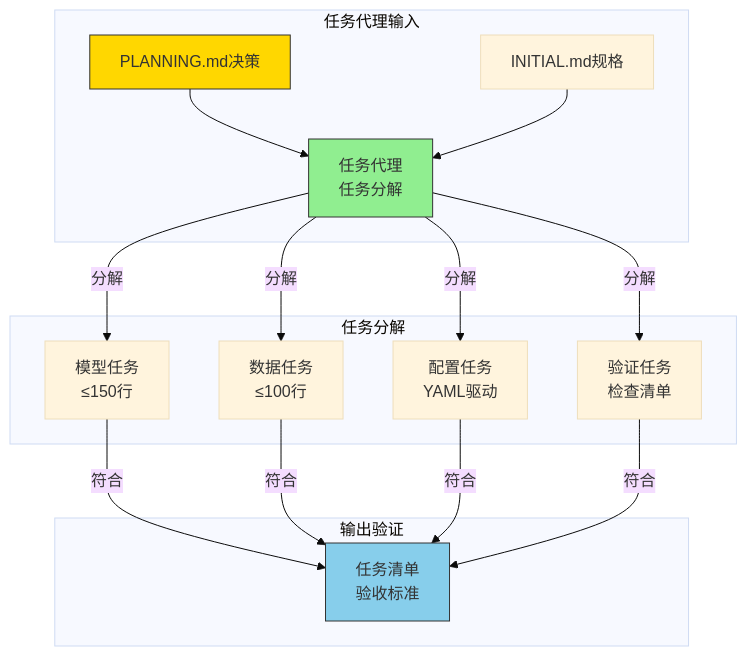
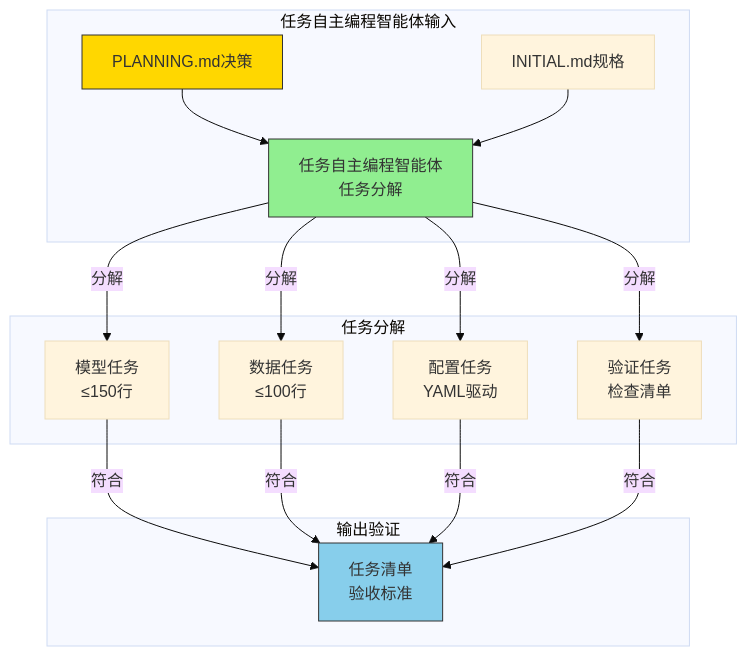
The first of 2 diagrams in TASK.md (ouyangshixiong/context-engineering-zh), drawn with Mermaid (base theme) before and after one commit. The commit also changed other lines of this file and 6 other files, not shown here.

````diff
--- a/TASK.md
+++ b/TASK.md
@@ -15,25 +15,25 @@
 ```mermaid
 graph TD
-    subgraph 任务代理输入
-        PLAN[PLANNING.md决策] --> TASK[任务代理<br/>任务分解]
+    subgraph 任务自主编程智能体输入
+        PLAN[PLANNING.md决策] --> TASK[任务自主编程智能体<br/>任务分解]
         INITIAL[INITIAL.md规格] --> TASK
     end
     
     subgraph 任务分解
         TASK -->|分解| MODEL[模型任务<br/>≤150行]
         TASK -->|分解| DATA[数据任务<br/>≤100行]
         TASK -->|分解| CONFIG[配置任务<br/>YAML驱动]
         TASK -->|分解| VALIDATE[验证任务<br/>检查清单]
     end
     
     subgraph 输出验证
         MODEL -->|符合| SPEC[任务清单<br/>验收标准]
         DATA -->|符合| SPEC
         CONFIG -->|符合| SPEC
         VALIDATE -->|符合| SPEC
     end
     
     style TASK fill:#90EE90,stroke:#333
     style PLAN fill:#FFD700,stroke:#333
     style SPEC fill:#87CEEB,stroke:#333
 ```
````
